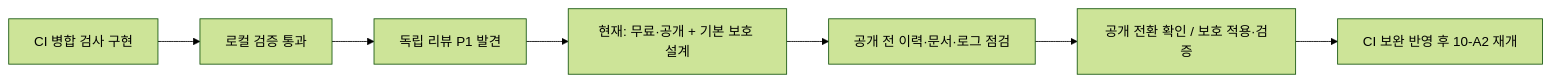
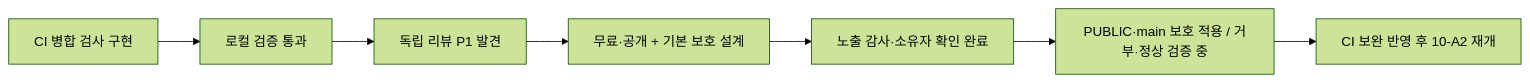
The second of 2 diagrams in docs/status/2026-09-24-project-map.ko.md (jawon0407/account-book), drawn with Mermaid (forest theme) before and after one commit. The commit also changed other lines of this file and 9 other files, not shown here.

````diff
--- a/docs/status/2026-09-24-project-map.ko.md
+++ b/docs/status/2026-09-24-project-map.ko.md
@@ -59,9 +59,9 @@
 ```mermaid
 flowchart LR
   A["CI 병합 검사 구현"] --> B["로컬 검증 통과"]
   B --> C["독립 리뷰 P1 발견"]
-  C --> D["현재: 무료·공개 + 기본 보호 설계"]
-  D --> E["공개 전 이력·문서·로그 점검"]
-  E --> F["공개 전환 확인 / 보호 적용·검증"]
+  C --> D["무료·공개 + 기본 보호 설계"]
+  D --> E["노출 감사·소유자 확인 완료"]
+  E --> F["PUBLIC·main 보호 적용 / 거부·정상 검증 중"]
   F --> G["CI 보완 반영 후 10-A2 재개"]
 ```
````
